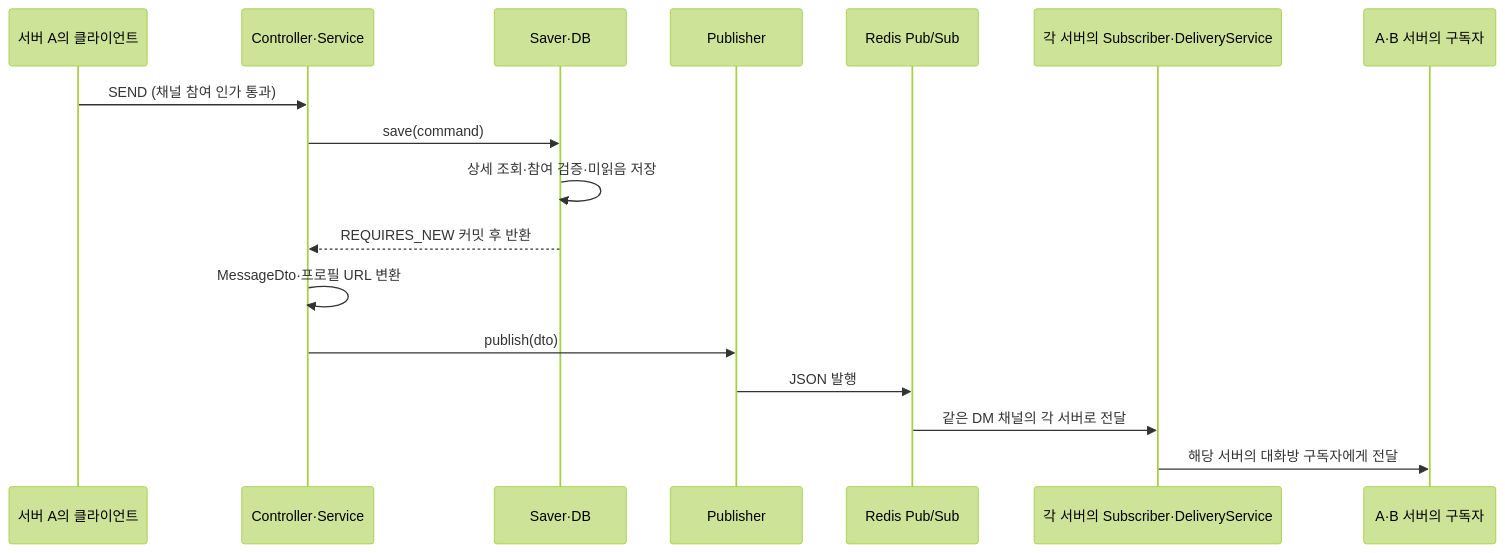
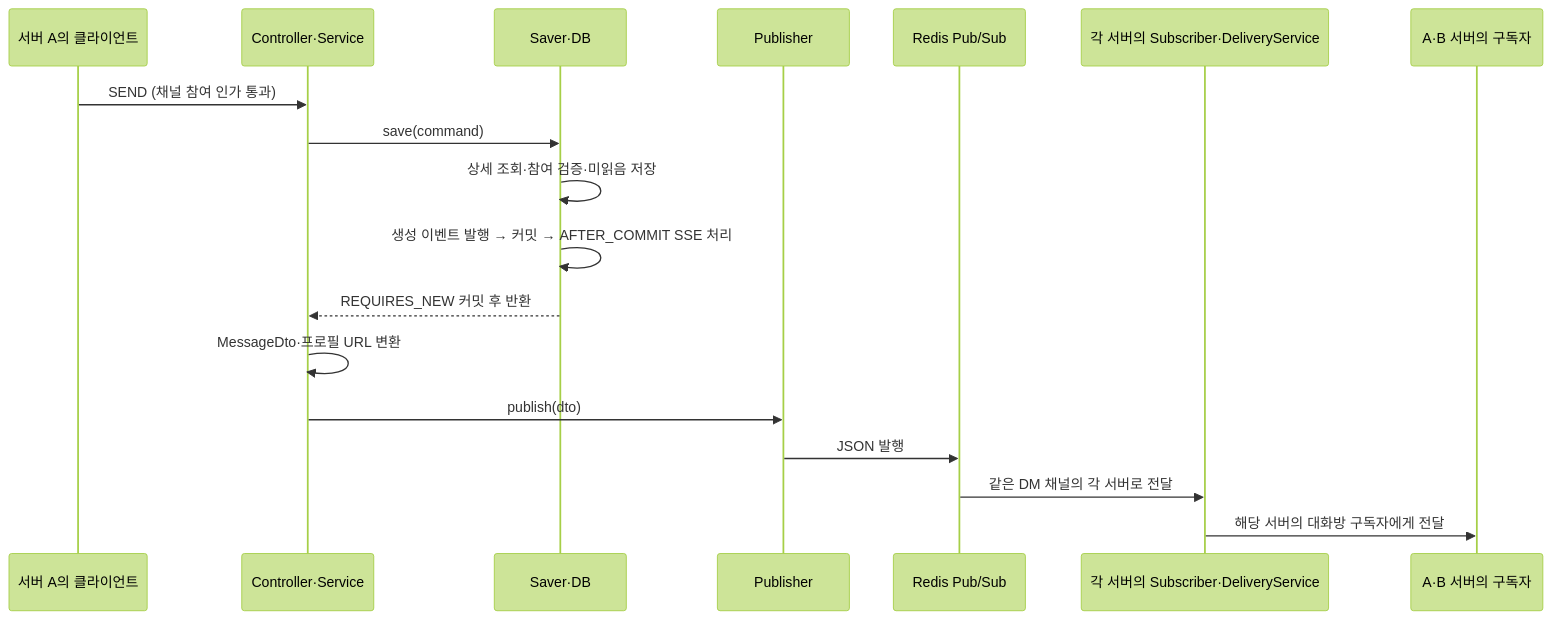
Before and after one commit to codeit-backend13-part4-team1/playlist_for_everyone: the diagram in docs/conversation/11-websocket-flow.md, drawn with Mermaid (forest theme). The commit also changed other lines of this file and 6 other files, not shown here.

Commit message:
docs : DM 이벤트 SSE 흐름과 브라우저 다중 탭 검증 기록 (#62)

````diff
--- a/docs/conversation/11-websocket-flow.md
+++ b/docs/conversation/11-websocket-flow.md
@@ -21,19 +21,20 @@
 ```mermaid
 sequenceDiagram
     participant A as 서버 A의 클라이언트
     participant C as Controller·Service
     participant S as Saver·DB
     participant P as Publisher
     participant R as Redis Pub/Sub
     participant L as 각 서버의 Subscriber·DeliveryService
     participant B as A·B 서버의 구독자
     A->>C: SEND (채널 참여 인가 통과)
     C->>S: save(command)
     S->>S: 상세 조회·참여 검증·미읽음 저장
+    S->>S: 생성 이벤트 발행 → 커밋 → AFTER_COMMIT SSE 처리
     S-->>C: REQUIRES_NEW 커밋 후 반환
     C->>C: MessageDto·프로필 URL 변환
     C->>P: publish(dto)
     P->>R: JSON 발행
     R->>L: 같은 DM 채널의 각 서버로 전달
     L->>B: 해당 서버의 대화방 구독자에게 전달
 ```
````
